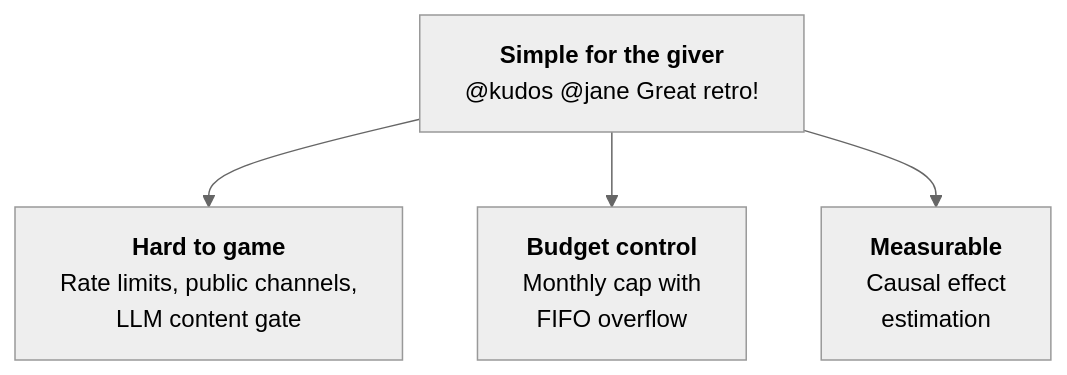
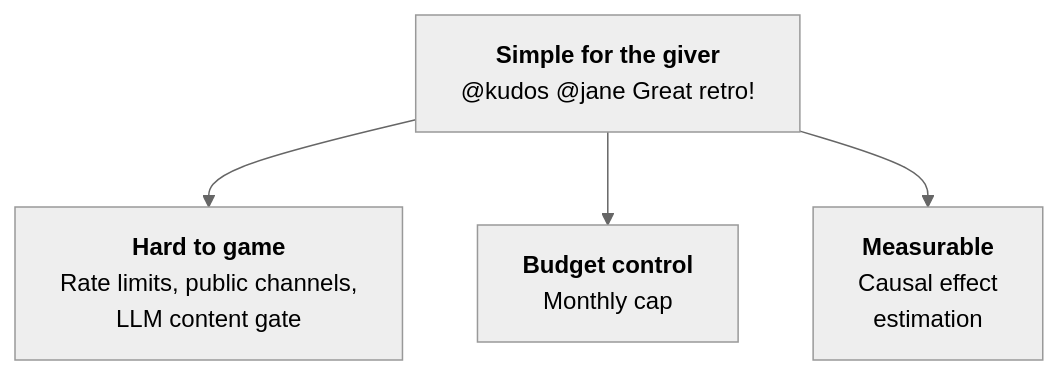
One commit to samanklesaria/kudos-bot changed the second of 5 diagrams in presentation/slideshow.md. Above: the diagram before and after it, drawn with Mermaid (neutral theme). The commit also changed other lines of this file and 17 other files, not shown here.

````diff
--- a/presentation/slideshow.md
+++ b/presentation/slideshow.md
@@ -16,6 +16,6 @@
 ```mermaid
 graph TD
     A["<b>Simple for the giver</b><br>@kudos @jane Great retro!"] --> B["<b>Hard to game</b><br>Rate limits, public channels,<br>LLM content gate"]
-    A --> C["<b>Budget control</b><br>Monthly cap with<br>FIFO overflow"]
+    A --> C["<b>Budget control</b><br>Monthly cap"]
     A --> D["<b>Measurable</b><br>Causal effect<br>estimation"]
 ```
````
